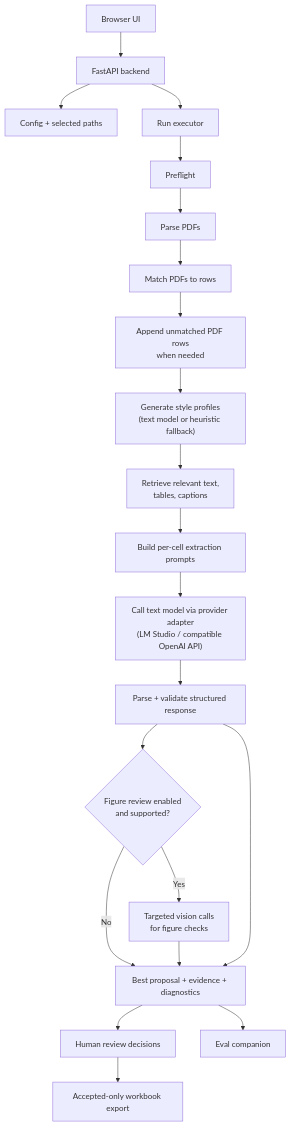
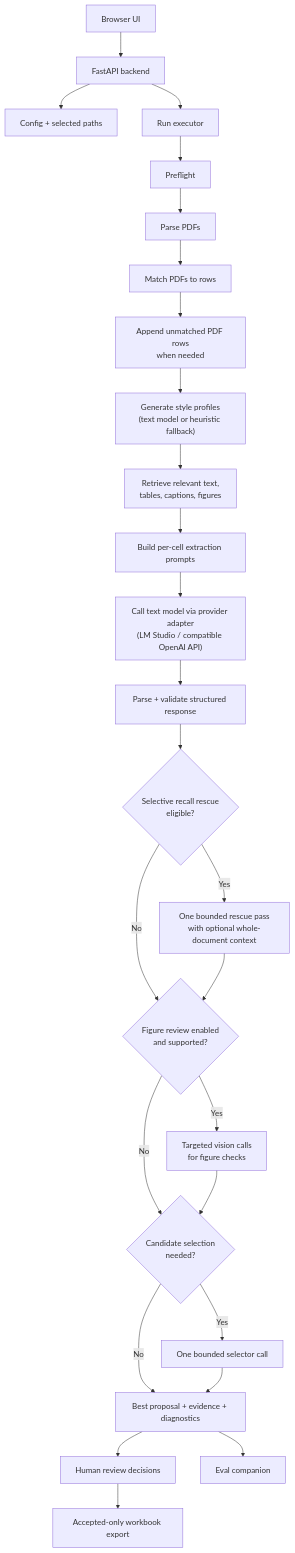
The diagram in docs/main-app/architecture.md (jjfroehlich/papers-to-table), drawn with Mermaid before and after one commit. The commit also changed other lines of this file and 36 other files, not shown here.

````diff
--- a/docs/main-app/architecture.md
+++ b/docs/main-app/architecture.md
@@ -9,23 +9,29 @@
 ```mermaid
 flowchart TD
   UI["Browser UI"] --> API["FastAPI backend"]
   API --> CFG["Config + selected paths"]
   API --> RUN["Run executor"]
   RUN --> PF["Preflight"]
   PF --> PARSE["Parse PDFs"]
   PARSE --> MATCH["Match PDFs to rows"]
   MATCH --> ROWS["Append unmatched PDF rows<br/>when needed"]
   ROWS --> STYP["Generate style profiles<br/>(text model or heuristic fallback)"]
-  STYP --> RET["Retrieve relevant text,<br/>tables, captions"]
+  STYP --> RET["Retrieve relevant text,<br/>tables, captions, figures"]
   RET --> PROMPT["Build per-cell extraction prompts"]
   PROMPT --> LLM["Call text model via provider adapter<br/>(LM Studio / compatible OpenAI API)"]
   LLM --> PARSEOUT["Parse + validate structured response"]
-  PARSEOUT --> FIGCHK{"Figure review enabled<br/>and supported?"}
+  PARSEOUT --> RESCUE{"Selective recall rescue<br/>eligible?"}
+  RESCUE -->|Yes| RESCUEPASS["One bounded rescue pass<br/>with optional whole-document context"]
+  RESCUE -->|No| FIGCHK
+  RESCUEPASS --> FIGCHK
+  FIGCHK{"Figure review enabled<br/>and supported?"}
   FIGCHK -->|Yes| FIGREV["Targeted vision calls<br/>for figure checks"]
-  FIGCHK -->|No| PROP
-  FIGREV --> PROP["Best proposal + evidence + diagnostics"]
-  PARSEOUT --> PROP
+  FIGCHK -->|No| CAND
+  FIGREV --> CAND{"Candidate selection<br/>needed?"}
+  CAND -->|Yes| SELECT["One bounded selector call"]
+  CAND -->|No| PROP
+  SELECT --> PROP["Best proposal + evidence + diagnostics"]
   PROP --> REVIEW["Human review decisions"]
   REVIEW --> EXPORT["Accepted-only workbook export"]
   PROP --> EVAL["Eval companion"]
 ```
````
